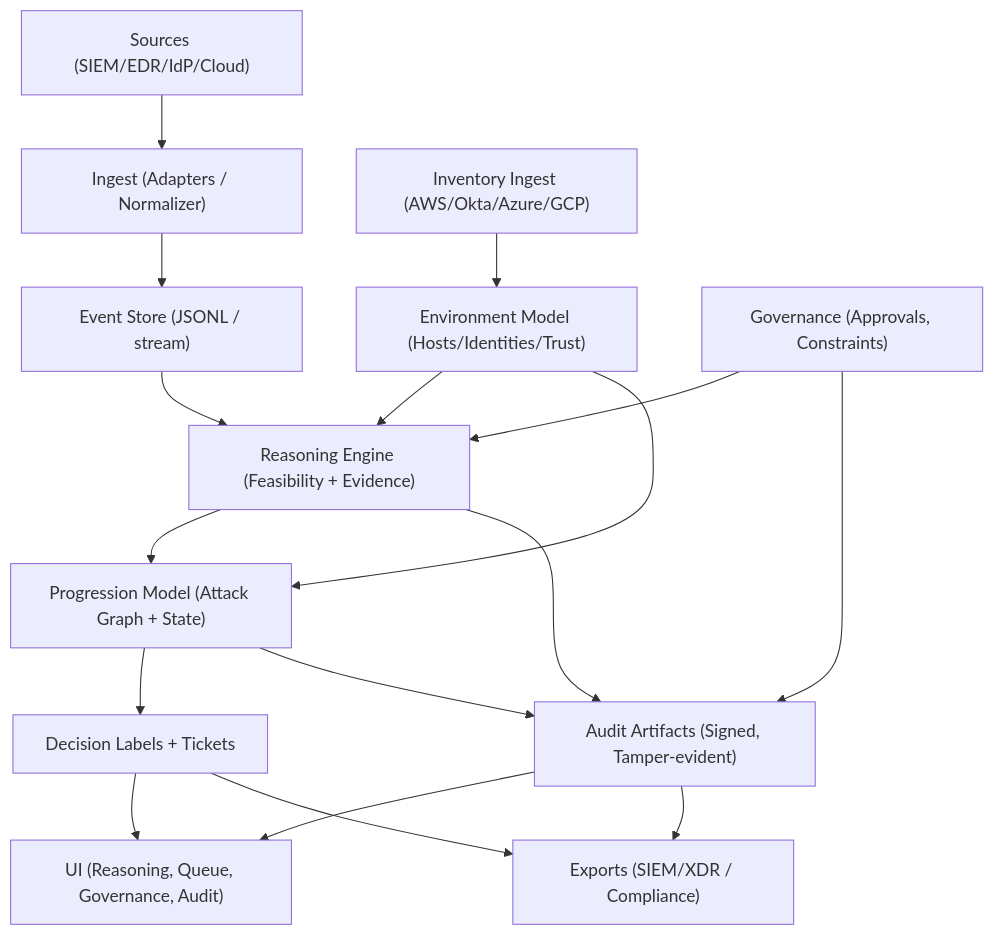
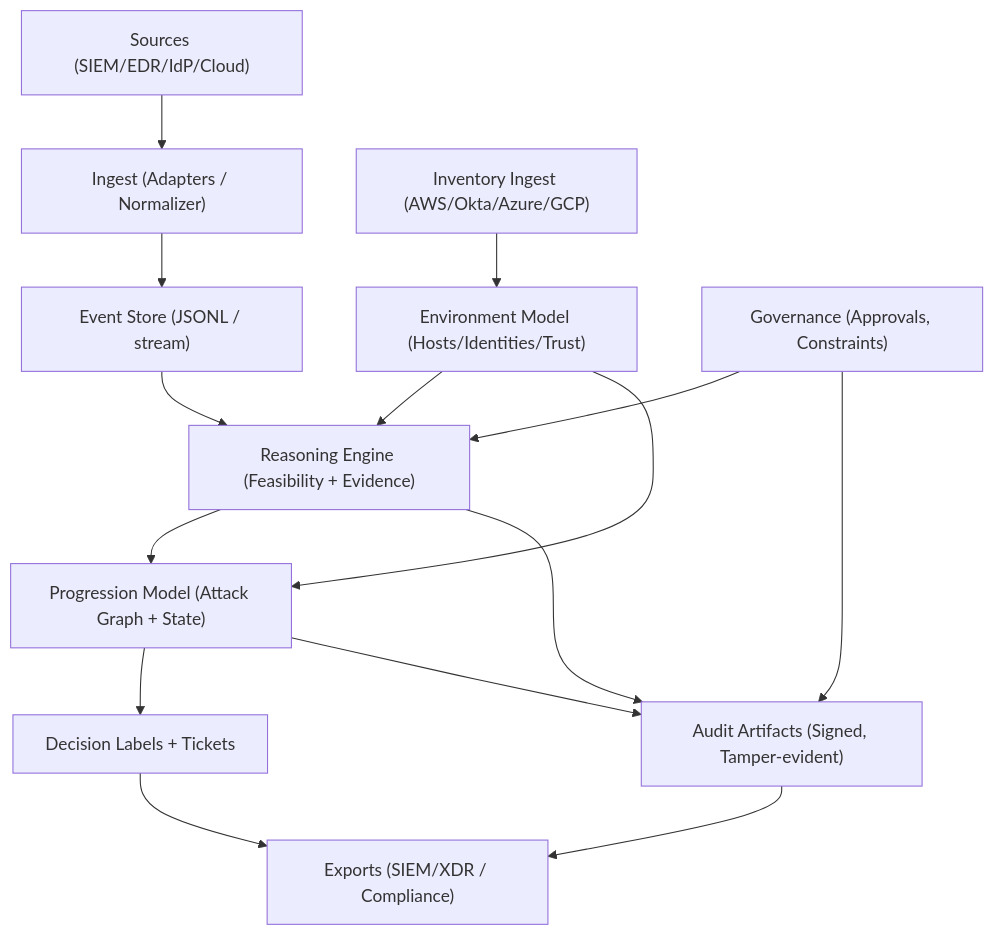
Before and after one commit to shakeeb1532/Aegis-R: the diagram in docs/architecture.md, drawn with Mermaid. The commit also changed 22 other files, not shown here.

````diff
--- a/docs/architecture.md
+++ b/docs/architecture.md
@@ -3,19 +3,17 @@
 ```mermaid
 graph TD
   A["Sources (SIEM/EDR/IdP/Cloud)"] --> B["Ingest (Adapters / Normalizer)"]
   B --> C["Event Store (JSONL / stream)"]
   C --> D["Reasoning Engine (Feasibility + Evidence)" ]
   D --> E["Progression Model (Attack Graph + State)"]
   E --> F["Decision Labels + Tickets"]
   D --> G["Audit Artifacts (Signed, Tamper‑evident)"]
   E --> G
   H["Inventory Ingest (AWS/Okta/Azure/GCP)"] --> I["Environment Model (Hosts/Identities/Trust)"]
   I --> D
   I --> E
   J["Governance (Approvals, Constraints)"] --> D
   J --> G
-  F --> K["UI (Reasoning, Queue, Governance, Audit)"]
-  G --> K
   F --> L["Exports (SIEM/XDR / Compliance)"]
   G --> L
 ```
````
